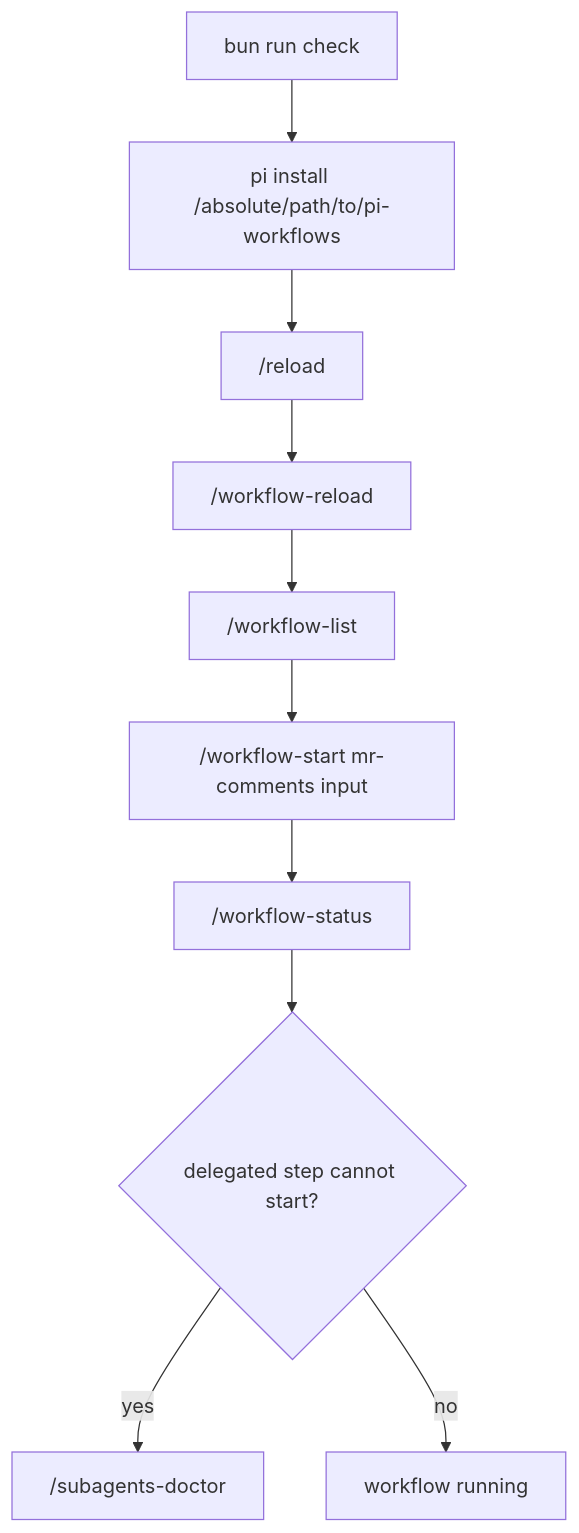
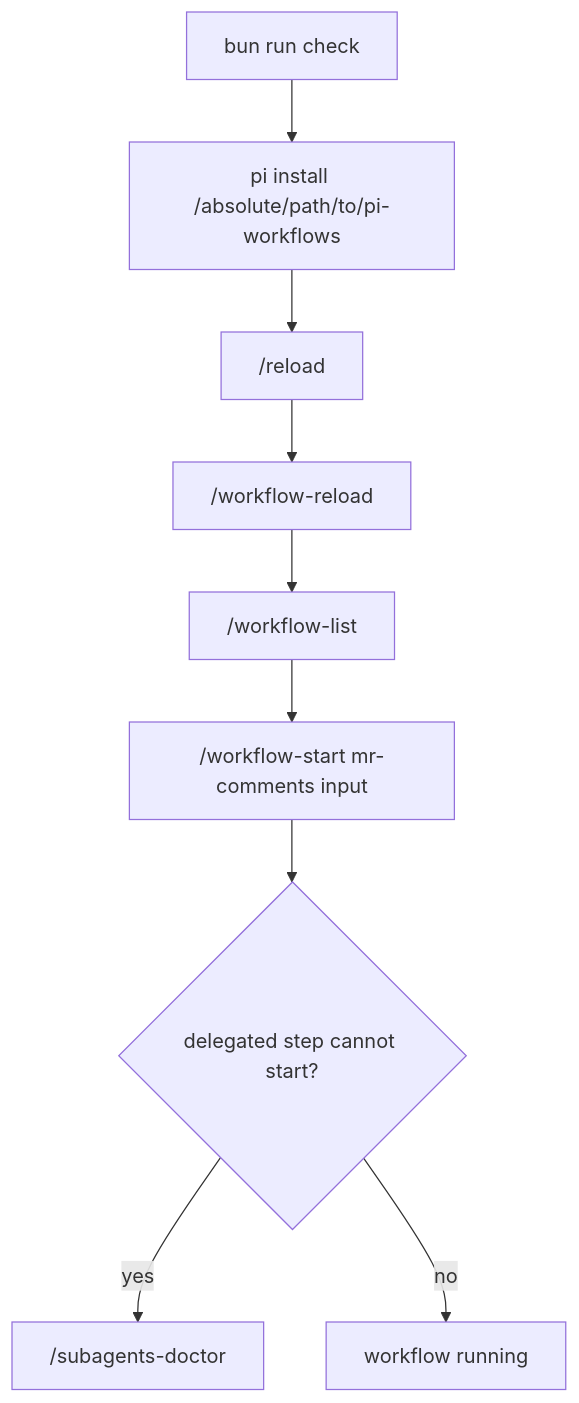
One commit to wichayutdew/pi-workflows changed the fifth of 5 diagrams in openwiki/development/testing.md. Above: the diagram before and after it, drawn with Mermaid. The commit also changed other lines of this file and 57 other files, not shown here.

````diff
--- a/openwiki/development/testing.md
+++ b/openwiki/development/testing.md
@@ -63,12 +74,11 @@
 ```mermaid
 flowchart TD
   Check[bun run check] --> Install[pi install /absolute/path/to/pi-workflows]
   Install --> Reload["/reload"]
   Reload --> WorkflowReload["/workflow-reload"]
   WorkflowReload --> List["/workflow-list"]
   List --> Start["/workflow-start mr-comments input"]
-  Start --> Status["/workflow-status"]
-  Status --> Doctor{delegated step cannot start?}
+  Start --> Doctor{delegated step cannot start?}
   Doctor -- yes --> SubDoctor["/subagents-doctor"]
   Doctor -- no --> Done[workflow running]
 ```
````
